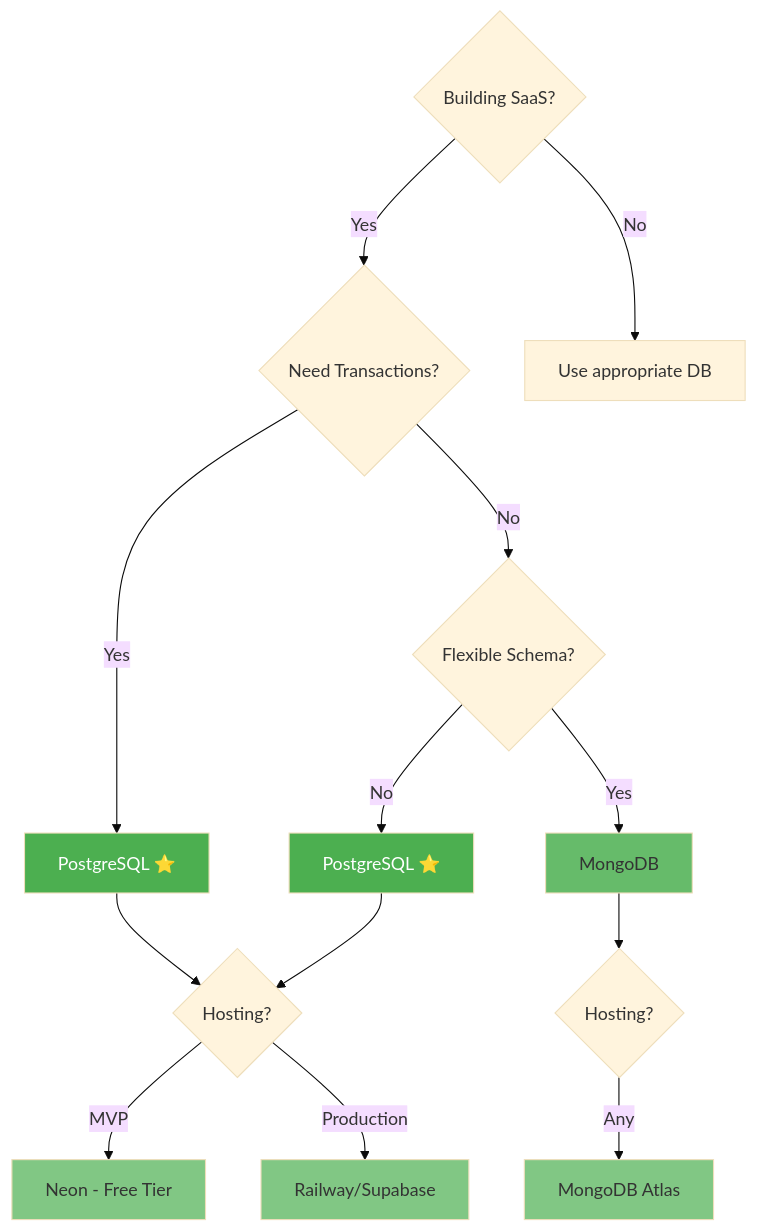
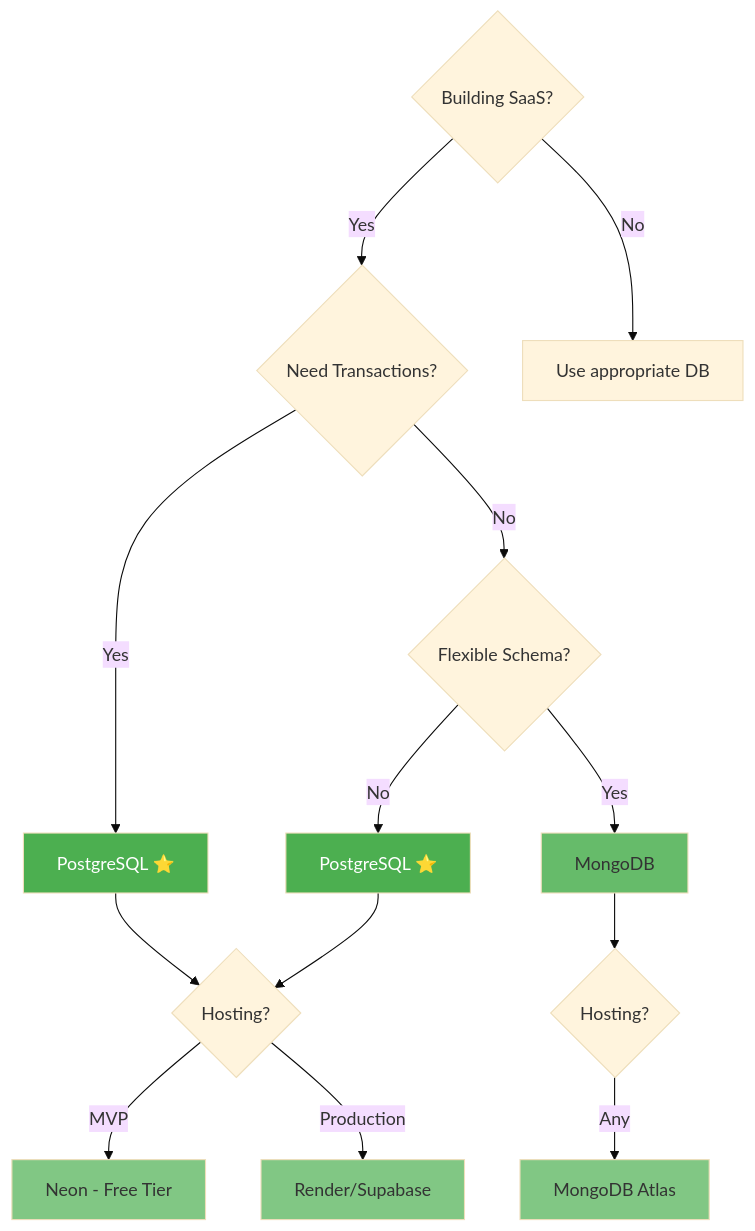
One commit to Srujan0798/Ultra-Dex changed the eighth of 11 diagrams in apps/cli/assets/docs/WORKFLOW-DIAGRAMS.md. Above: the diagram before and after it, drawn with Mermaid (base theme). The commit also changed 50 other files, not shown here.

````diff
--- a/apps/cli/assets/docs/WORKFLOW-DIAGRAMS.md
+++ b/apps/cli/assets/docs/WORKFLOW-DIAGRAMS.md
@@ -254,27 +254,27 @@
 ```mermaid
 graph TD
     Start{Building SaaS?} -->|Yes| A{Need Transactions?}
     Start -->|No| Other[Use appropriate DB]
 
     A -->|Yes| PostgreSQL[PostgreSQL ⭐]
     A -->|No| B{Flexible Schema?}
 
     B -->|Yes| MongoDB[MongoDB]
     B -->|No| PostgreSQL2[PostgreSQL ⭐]
 
     PostgreSQL --> C{Hosting?}
     PostgreSQL2 --> C
     MongoDB --> D{Hosting?}
 
     C -->|MVP| Neon[Neon - Free Tier]
-    C -->|Production| Railway[Railway/Supabase]
+    C -->|Production| Render[Render/Supabase]
 
     D -->|Any| Atlas[MongoDB Atlas]
 
     style PostgreSQL fill:#4caf50,color:#fff
     style PostgreSQL2 fill:#4caf50,color:#fff
     style Neon fill:#81c784
-    style Railway fill:#81c784
+    style Render fill:#81c784
     style MongoDB fill:#66bb6a
     style Atlas fill:#81c784
 ```
````
